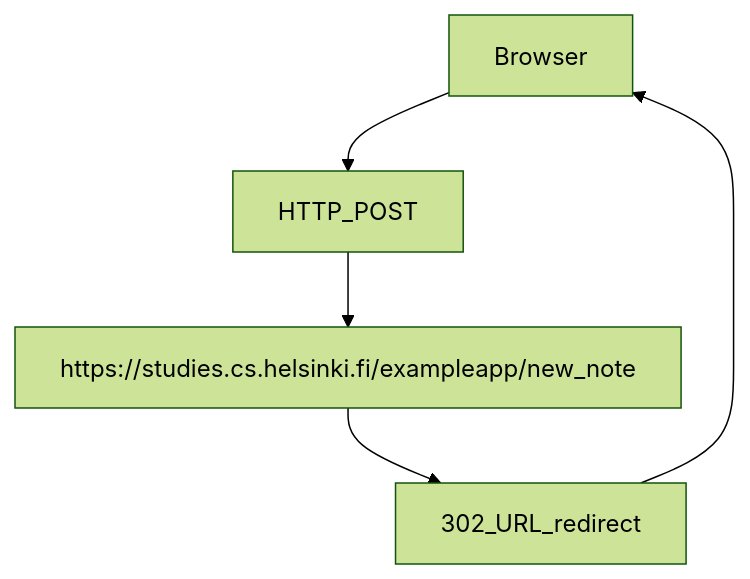
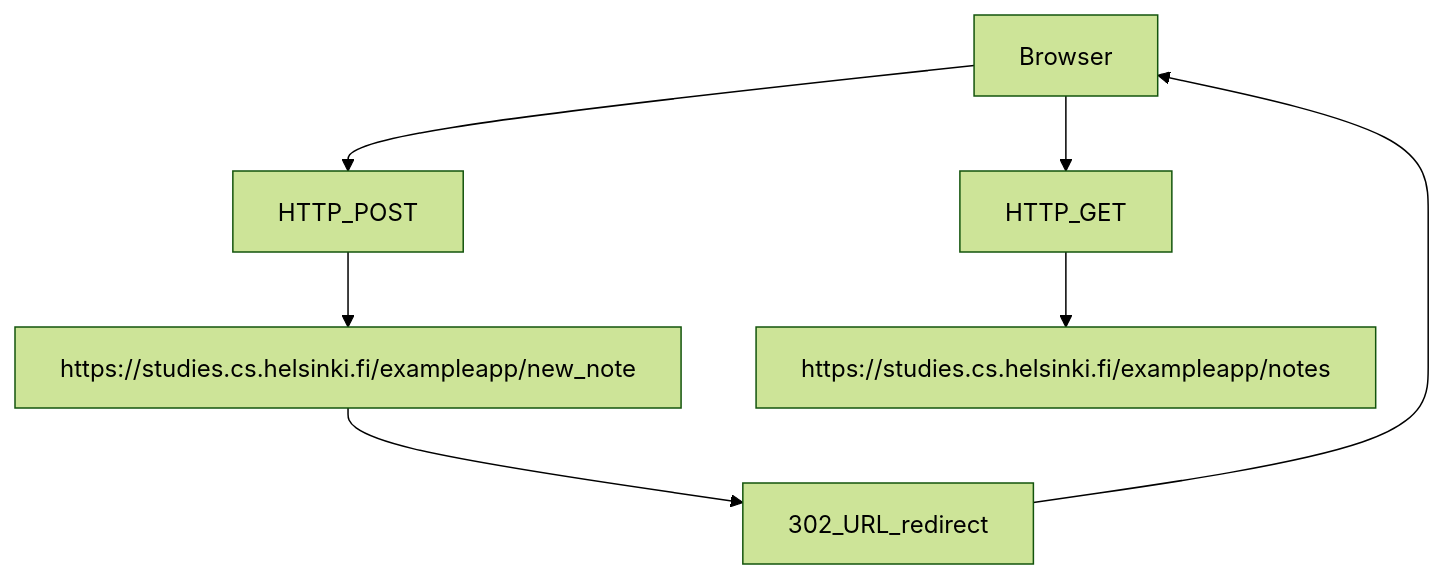
The diagram in Part0/0.4 - New note diagram/readme.md (TomppeliG6-8/fullstack), drawn with Mermaid (forest theme) before and after one commit.

````diff
--- a/Part0/0.4 - New note diagram/readme.md
+++ b/Part0/0.4 - New note diagram/readme.md
@@ -1,5 +1,6 @@
 ```mermaid
 graph TD;
     Browser-->HTTP_POST-->https://studies.cs.helsinki.fi/exampleapp/new_note;
     https://studies.cs.helsinki.fi/exampleapp/new_note-->302_URL_redirect-->Browser;
+    Browser-->HTTP_GET-->https://studies.cs.helsinki.fi/exampleapp/notes;
 ```
````
